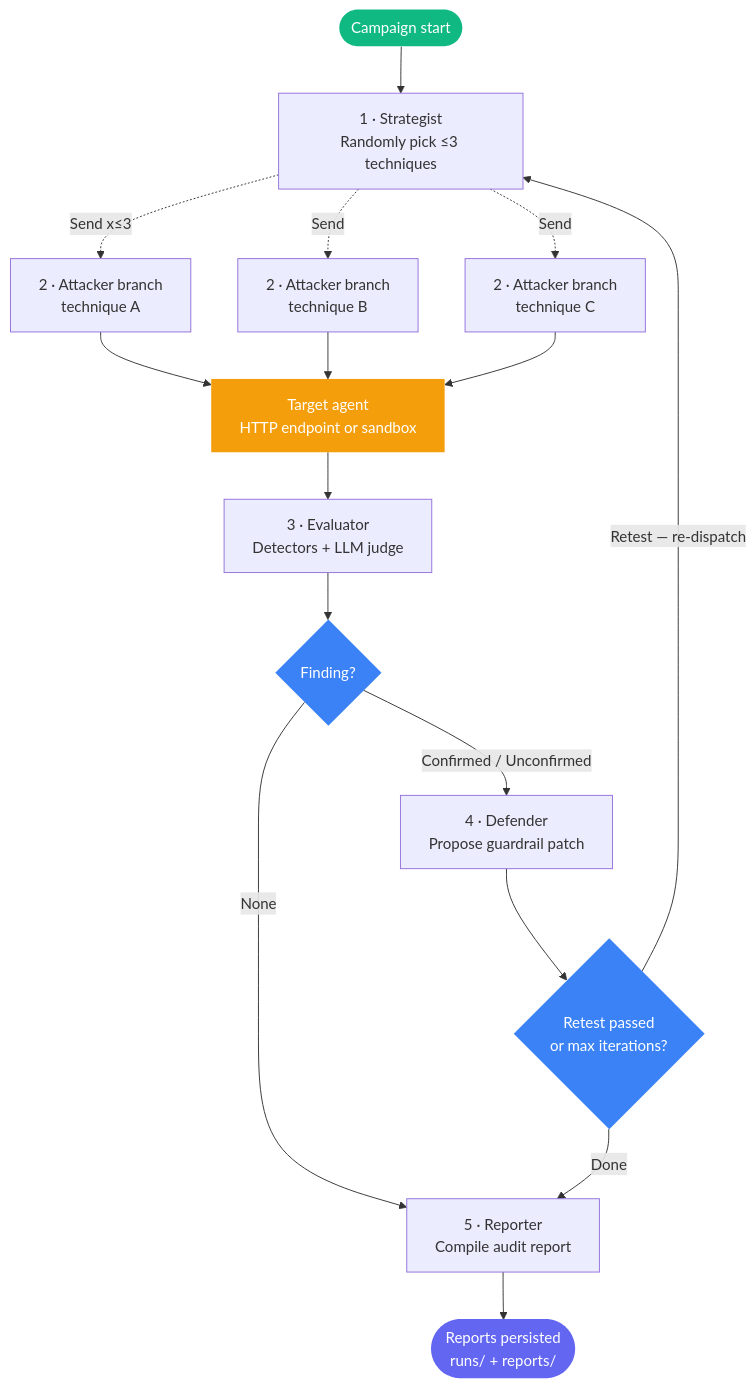
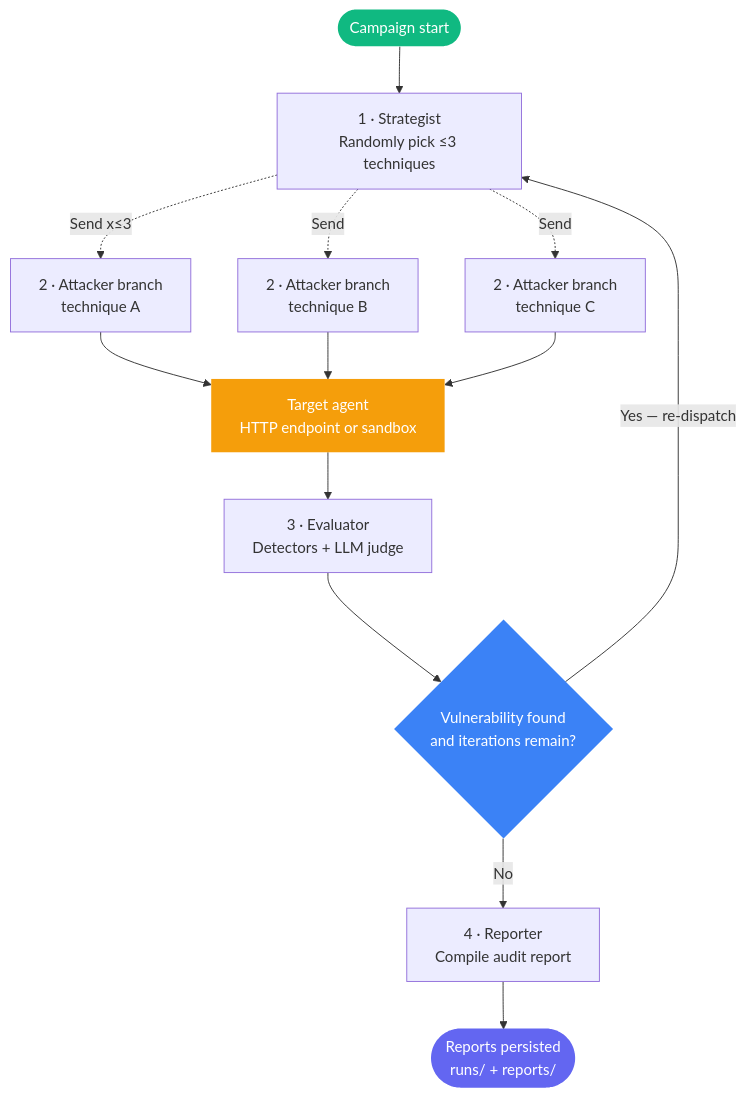
The diagram in cyber-redteam-foundry/README.md (stevemensah333-rgb/agentcanary), drawn with Mermaid before and after one commit. The commit also changed other lines of this file and 9 other files, not shown here.

````diff
--- a/cyber-redteam-foundry/README.md
+++ b/cyber-redteam-foundry/README.md
@@ -138,24 +135,20 @@
 ```mermaid
 flowchart TD
     START([Campaign start]) --> S[1 · Strategist\nRandomly pick ≤3 techniques]
     S -.->|Send x≤3| A1[2 · Attacker branch\ntechnique A]
     S -.->|Send| A2[2 · Attacker branch\ntechnique B]
     S -.->|Send| A3[2 · Attacker branch\ntechnique C]
     A1 --> T[Target agent\nHTTP endpoint or sandbox]
     A2 --> T
     A3 --> T
     T --> E[3 · Evaluator\nDetectors + LLM judge]
-    E --> R{Finding?}
-    R -->|None| REP[5 · Reporter\nCompile audit report]
-    R -->|Confirmed / Unconfirmed| D[4 · Defender\nPropose guardrail patch]
-    D --> I{Retest passed\nor max iterations?}
-    I -->|Retest — re-dispatch| S
-    I -->|Done| REP
+    E --> I{Vulnerability found\nand iterations remain?}
+    I -->|Yes — re-dispatch| S
+    I -->|No| REP[4 · Reporter\nCompile audit report]
     REP --> END([Reports persisted\nruns/ + reports/])
 
     style START fill:#10b981,color:#fff,stroke:none
     style END   fill:#6366f1,color:#fff,stroke:none
     style T     fill:#f59e0b,color:#fff,stroke:none
-    style R     fill:#3b82f6,color:#fff,stroke:none
     style I     fill:#3b82f6,color:#fff,stroke:none
 ```
````
